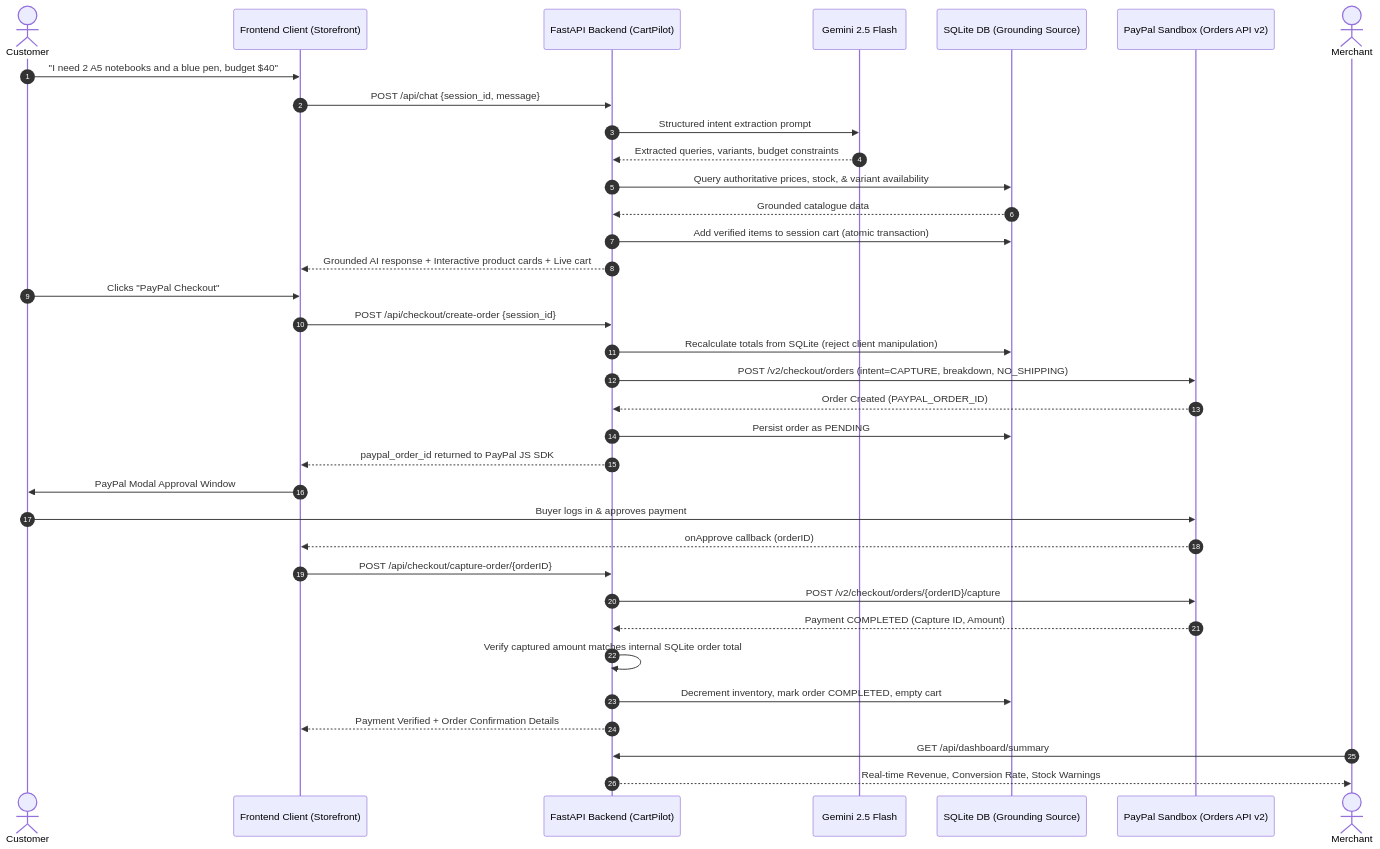
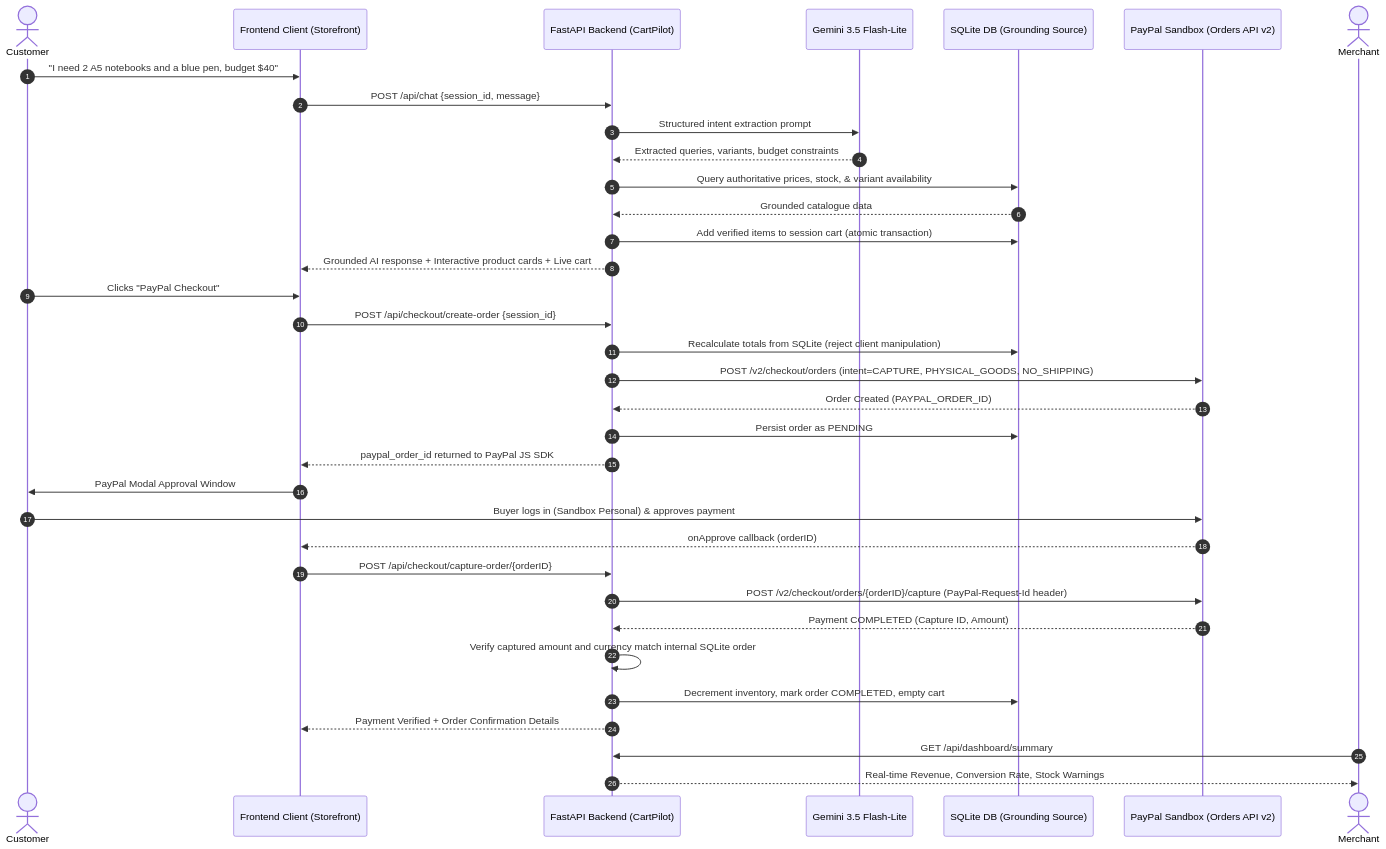
One commit to nyantara/CartPilot-AI changed the diagram in README.md. Above: the diagram before and after it, drawn with Mermaid. The commit also changed other lines of this file and 1 other file, not shown here.

````diff
--- a/README.md
+++ b/README.md
@@ -23,38 +30,38 @@
 ```mermaid
 sequenceDiagram
     autonumber
     actor Customer
     participant UI as Frontend Client (Storefront)
     participant API as FastAPI Backend (CartPilot)
-    participant AI as Gemini 2.5 Flash
+    participant AI as Gemini 3.5 Flash-Lite
     participant DB as SQLite DB (Grounding Source)
     participant PP as PayPal Sandbox (Orders API v2)
     actor Merchant
 
     Customer->>UI: "I need 2 A5 notebooks and a blue pen, budget $40"
     UI->>API: POST /api/chat {session_id, message}
     API->>AI: Structured intent extraction prompt
     AI-->>API: Extracted queries, variants, budget constraints
     API->>DB: Query authoritative prices, stock, & variant availability
     DB-->>API: Grounded catalogue data
     API->>DB: Add verified items to session cart (atomic transaction)
     API-->>UI: Grounded AI response + Interactive product cards + Live cart
     Customer->>UI: Clicks "PayPal Checkout"
     UI->>API: POST /api/checkout/create-order {session_id}
     API->>DB: Recalculate totals from SQLite (reject client manipulation)
-    API->>PP: POST /v2/checkout/orders (intent=CAPTURE, breakdown, NO_SHIPPING)
+    API->>PP: POST /v2/checkout/orders (intent=CAPTURE, PHYSICAL_GOODS, NO_SHIPPING)
     PP-->>API: Order Created (PAYPAL_ORDER_ID)
     API->>DB: Persist order as PENDING
     API-->>UI: paypal_order_id returned to PayPal JS SDK
     UI->>Customer: PayPal Modal Approval Window
-    Customer->>PP: Buyer logs in & approves payment
+    Customer->>PP: Buyer logs in (Sandbox Personal) & approves payment
     PP-->>UI: onApprove callback (orderID)
     UI->>API: POST /api/checkout/capture-order/{orderID}
-    API->>PP: POST /v2/checkout/orders/{orderID}/capture
+    API->>PP: POST /v2/checkout/orders/{orderID}/capture (PayPal-Request-Id header)
     PP-->>API: Payment COMPLETED (Capture ID, Amount)
-    API->>API: Verify captured amount matches internal SQLite order total
+    API->>API: Verify captured amount and currency match internal SQLite order
     API->>DB: Decrement inventory, mark order COMPLETED, empty cart
     API-->>UI: Payment Verified + Order Confirmation Details
     Merchant->>API: GET /api/dashboard/summary
     API-->>Merchant: Real-time Revenue, Conversion Rate, Stock Warnings
 ```
````
